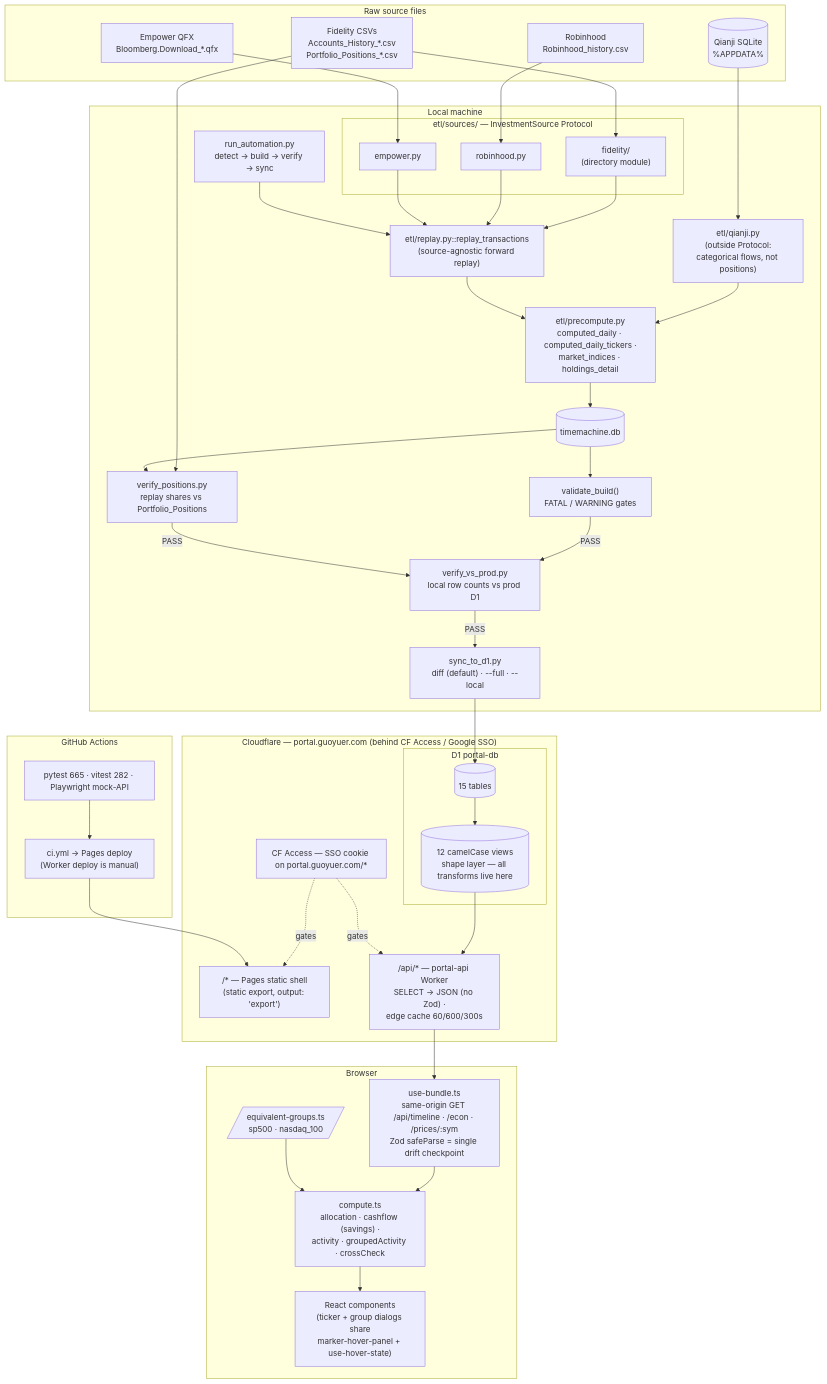
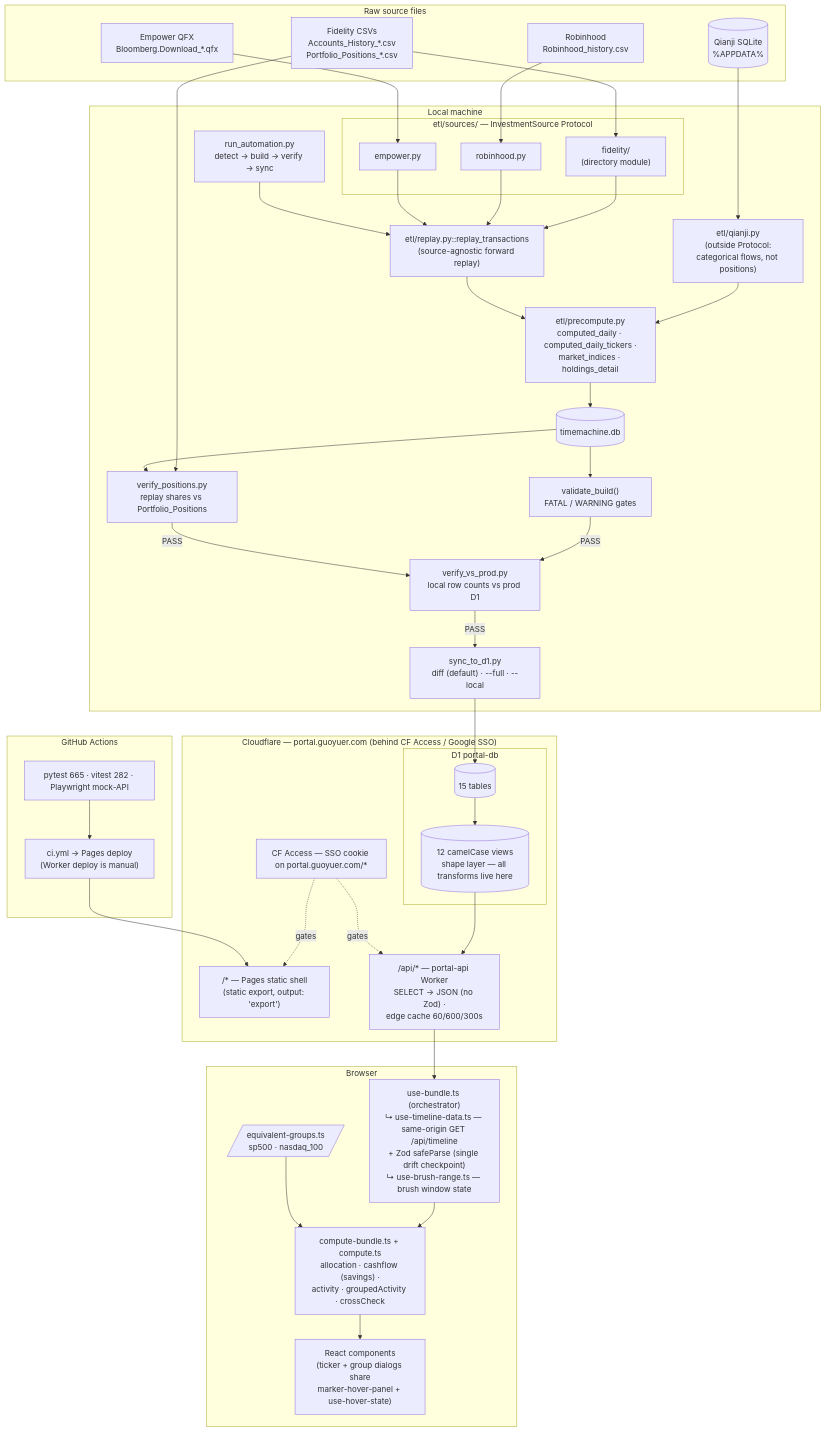
One commit to Guoyuer/portal changed the diagram in docs/ARCHITECTURE.md. Above: the diagram before and after it, drawn with Mermaid. The commit also changed other lines of this file and 2 other files, not shown here.

Commit message:
docs: update diagrams + prose for the useBundle split
All references to the safeParse location now correctly point to
`use-timeline-data.ts` (the sub-hook composed by `useBundle`) rather
than `use-bundle.ts` directly.

- README.md main Architecture mermaid: BUNDLE node renamed
  `use-bundle.ts (orchestrator)` with the two sub-hooks listed
  underneath (↳ use-timeline-data.ts, ↳ use-brush-range.ts).
  COMPUTE node renamed `compute-bundle.ts + compute.ts`.
- README.md Type Contract mermaid: safeParse edge label now names
  `use-timeline-data.ts` as the parse site.
- README.md Project Structure: lists `use-timeline-data.ts` and
  `use-brush-range.ts` under hooks/, `compute-bundle.ts` under compute/.
- docs/ARCHITECTURE.md System overview mermaid: same FETCH/COMPUTE
  relabeling as README.
- docs/ARCHITECTURE.md Frontend data flow + Worker-adapter paragraphs:
  updated prose to name the actual parse module.
- CLAUDE.md Hooks layering paragraph: expanded to describe the three
  composed units; Architecture + Worker paragraphs updated similarly.

Mermaid Chart MCP re-validated both updated diagrams as valid
flowcharts.

````diff
--- a/docs/ARCHITECTURE.md
+++ b/docs/ARCHITECTURE.md
@@ -7,67 +7,67 @@
 ```mermaid
 graph TB
     subgraph SourceFiles["Raw source files"]
         QJ[(Qianji SQLite<br/>%APPDATA%)]
         FID["Fidelity CSVs<br/>Accounts_History_*.csv<br/>Portfolio_Positions_*.csv"]
         QFX["Empower QFX<br/>Bloomberg.Download_*.qfx"]
         RHC["Robinhood<br/>Robinhood_history.csv"]
     end
 
     subgraph Local["Local machine"]
         DETECT["run_automation.py<br/>detect → build → verify → sync"]
         subgraph SourceModules["etl/sources/ — InvestmentSource Protocol"]
             S_FID["fidelity/<br/>(directory module)"]
             S_RH["robinhood.py"]
             S_EMP["empower.py"]
         end
         S_QJ["etl/qianji.py<br/>(outside Protocol:<br/>categorical flows, not positions)"]
         REPLAY["etl/replay.py::replay_transactions<br/>(source-agnostic forward replay)"]
         PRECOMP["etl/precompute.py<br/>computed_daily · computed_daily_tickers ·<br/>market_indices · holdings_detail"]
         VALIDATE["validate_build()<br/>FATAL / WARNING gates"]
         POSGATE["verify_positions.py<br/>replay shares vs Portfolio_Positions"]
         PARITY["verify_vs_prod.py<br/>local row counts vs prod D1"]
         DB[(timemachine.db)]
         DIFF["sync_to_d1.py<br/>diff (default) · --full · --local"]
     end
 
     subgraph Cloud["Cloudflare — portal.guoyuer.com (behind CF Access / Google SSO)"]
         ACCESS["CF Access — SSO cookie on portal.guoyuer.com/*"]
         subgraph D1Layer["D1 portal-db"]
             TABLES[(15 tables)]
             VIEWS[("12 camelCase views<br/>shape layer — all transforms live here")]
             TABLES --> VIEWS
         end
         PAGES["/* — Pages static shell<br/>(static export, output: 'export')"]
         WORKER_API["/api/* — portal-api Worker<br/>SELECT → JSON (no Zod) ·<br/>edge cache 60/600/300s"]
     end
 
     subgraph Frontend["Browser"]
-        FETCH["use-bundle.ts<br/>same-origin GET /api/timeline · /econ · /prices/:sym<br/>Zod safeParse = single drift checkpoint"]
-        COMPUTE["compute.ts<br/>allocation · cashflow (savings) ·<br/>activity · groupedActivity · crossCheck"]
+        FETCH["use-bundle.ts (orchestrator)<br/>↳ use-timeline-data.ts — same-origin GET /api/timeline<br/>+ Zod safeParse (single drift checkpoint)<br/>↳ use-brush-range.ts — brush window state"]
+        COMPUTE["compute-bundle.ts + compute.ts<br/>allocation · cashflow (savings) ·<br/>activity · groupedActivity · crossCheck"]
         GROUPS[/"equivalent-groups.ts<br/>sp500 · nasdaq_100"/]
         UI["React components<br/>(ticker + group dialogs share<br/>marker-hover-panel + use-hover-state)"]
     end
 
     subgraph CI["GitHub Actions"]
         TEST["pytest 665 · vitest 282 · Playwright mock-API"]
         DEPLOY["ci.yml → Pages deploy<br/>(Worker deploy is manual)"]
     end
 
     QJ --> S_QJ --> PRECOMP
     FID --> S_FID
     RHC --> S_RH
     QFX --> S_EMP
     S_FID & S_RH & S_EMP --> REPLAY --> PRECOMP
     DETECT --> REPLAY
     PRECOMP --> DB --> VALIDATE
     FID --> POSGATE
     DB --> POSGATE
     VALIDATE -->|PASS| PARITY
     POSGATE -->|PASS| PARITY
     PARITY -->|PASS| DIFF --> TABLES
     VIEWS --> WORKER_API
     ACCESS -.gates.-> PAGES & WORKER_API
     WORKER_API --> FETCH --> COMPUTE --> UI
     GROUPS --> COMPUTE
     TEST --> DEPLOY --> PAGES
 ```
````
